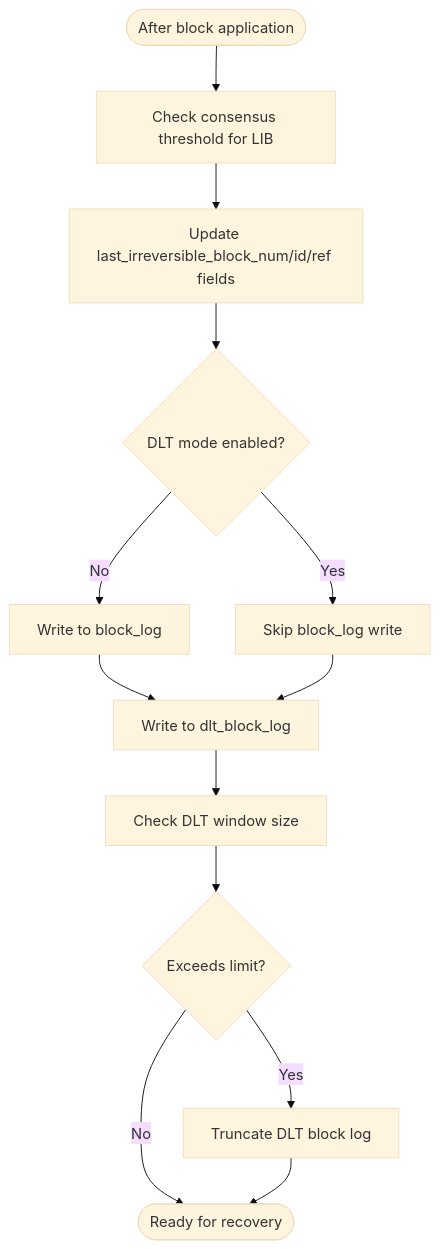
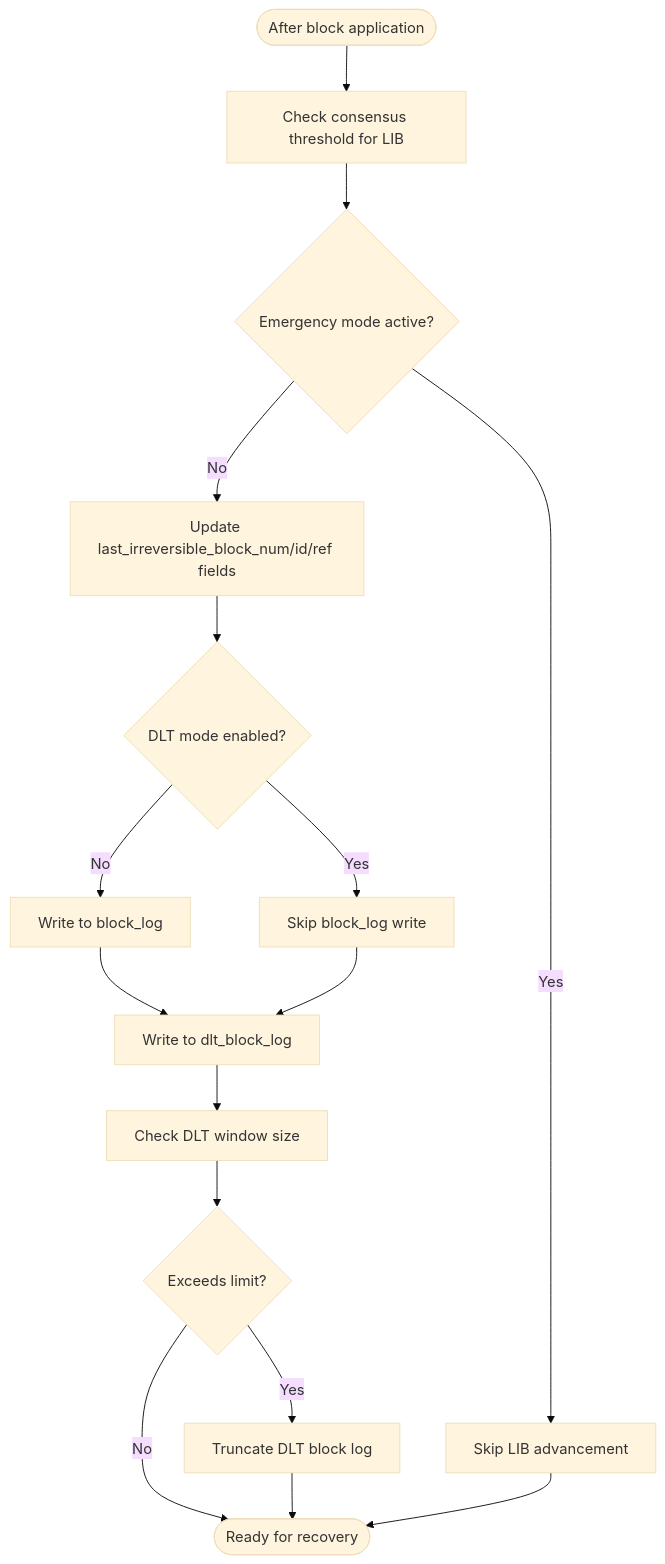
The eighth of 12 diagrams in .qoder/repowiki/en/content/Architecture Overview/Core Libraries/Chain Library/Fork Resolution and Consensus.md (VIZ-Blockchain/viz-cpp-node), drawn with Mermaid (base theme) before and after one commit. The commit also changed other lines of this file and 4 other files, not shown here.

````diff
--- a/.qoder/repowiki/en/content/Architecture Overview/Core Libraries/Chain Library/Fork Resolution and Consensus.md
+++ b/.qoder/repowiki/en/content/Architecture Overview/Core Libraries/Chain Library/Fork Resolution and Consensus.md
@@ -333,15 +365,18 @@
 ```mermaid
 flowchart TD
 Start(["After block application"]) --> CheckLIB["Check consensus threshold for LIB"]
-CheckLIB --> UpdateLIB["Update last_irreversible_block_num/id/ref fields"]
+CheckLIB --> CheckEmergency{"Emergency mode active?"}
+CheckEmergency --> |Yes| SkipLIB["Skip LIB advancement"]
+CheckEmergency --> |No| UpdateLIB["Update last_irreversible_block_num/id/ref fields"]
 UpdateLIB --> CheckDLT{"DLT mode enabled?"}
 CheckDLT --> |Yes| SkipBlockLog["Skip block_log write"]
 CheckDLT --> |No| WriteBlockLog["Write to block_log"]
 WriteBlockLog --> WriteDLT["Write to dlt_block_log"]
 SkipBlockLog --> WriteDLT
 WriteDLT --> CheckDLTWindow["Check DLT window size"]
 CheckDLTWindow --> Truncate{"Exceeds limit?"}
 Truncate --> |Yes| TruncateDLT["Truncate DLT block log"]
 Truncate --> |No| End(["Ready for recovery"])
 TruncateDLT --> End
+SkipLIB --> End
 ```
````
